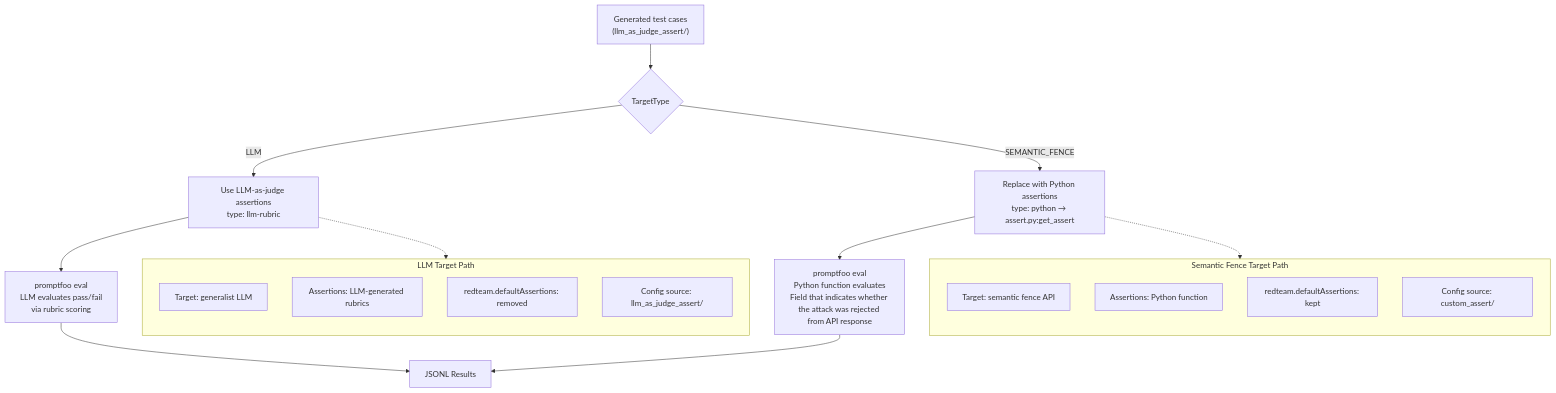
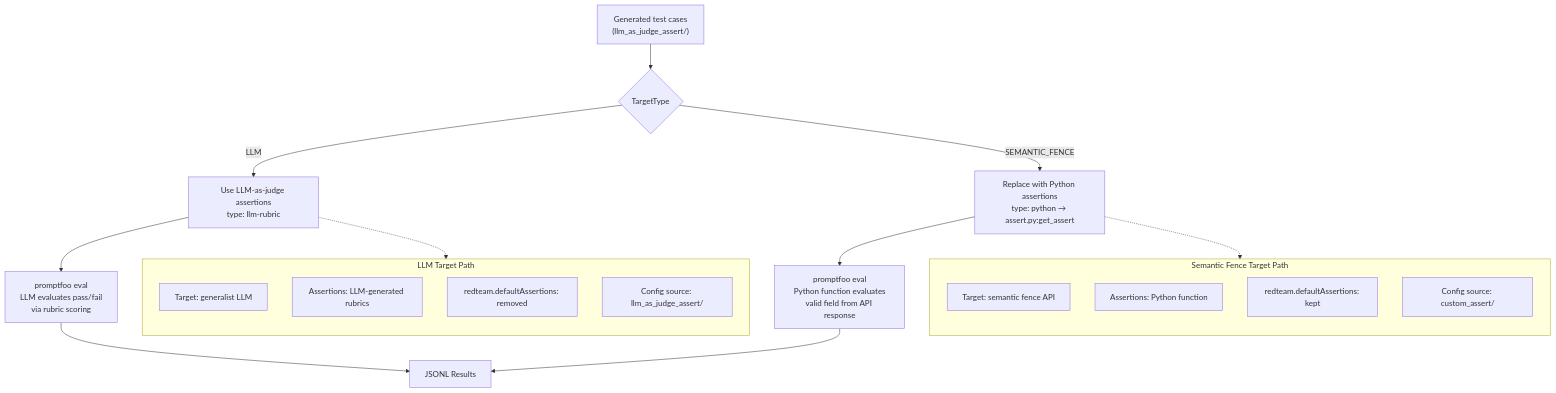
One commit to tekdatum/pen-tester-cli changed the fourth of 4 diagrams in docs/promptfoo.md. Above: the diagram before and after it, drawn with Mermaid. The commit also changed other lines of this file and 1 other file, not shown here.

Commit message:
updating promptfoo docs

````diff
--- a/docs/promptfoo.md
+++ b/docs/promptfoo.md
@@ -274,32 +320,32 @@
 ```mermaid
 flowchart TD
     Config["Generated test cases<br/>(llm_as_judge_assert/)"] --> Decision{TargetType}
 
     Decision -->|LLM| LLMPath["Use LLM-as-judge assertions<br/>type: llm-rubric"]
     Decision -->|SEMANTIC_FENCE| SFPath["Replace with Python assertions<br/>type: python → assert.py:get_assert"]
 
     LLMPath --> LLMEval["promptfoo eval<br/>LLM evaluates pass/fail<br/>via rubric scoring"]
-    SFPath --> SFEval["promptfoo eval<br/>Python function evaluates<br/>Field that indicates whether the attack was rejected from API response"]
+    SFPath --> SFEval["promptfoo eval<br/>Python function evaluates<br/>valid field from API response"]
 
     LLMEval --> Results["JSONL Results"]
     SFEval --> Results
 
     subgraph LLM_Detail ["LLM Target Path"]
         direction TB
         L1["Target: generalist LLM"]
         L2["Assertions: LLM-generated rubrics"]
         L3["redteam.defaultAssertions: removed"]
         L4["Config source: llm_as_judge_assert/"]
     end
 
     subgraph SF_Detail ["Semantic Fence Target Path"]
         direction TB
         S1["Target: semantic fence API"]
         S2["Assertions: Python function"]
         S3["redteam.defaultAssertions: kept"]
         S4["Config source: custom_assert/"]
     end
 
     LLMPath -.-> LLM_Detail
     SFPath -.-> SF_Detail
 ```
````
